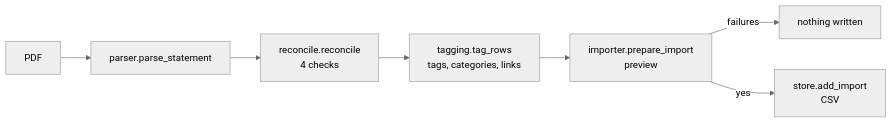
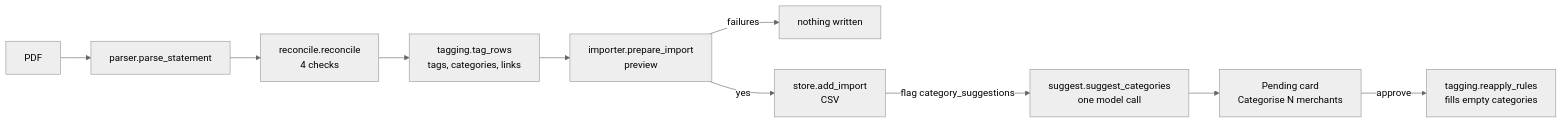
One commit to sarathkumar365/Ka changed the diagram in context/flows/import-statement.md. Above: the diagram before and after it, drawn with Mermaid (neutral theme). The commit also changed other lines of this file and 31 other files, not shown here.

First line of the commit message:
feat: category suggestions, nightly extraction schedule, eval fix

````diff
--- a/context/flows/import-statement.md
+++ b/context/flows/import-statement.md
@@ -5,9 +5,12 @@
 ```mermaid
 flowchart LR
     PDF --> parser[parser.parse_statement]
     parser --> rec[reconcile.reconcile<br/>4 checks]
     rec --> tag[tagging.tag_rows<br/>tags, categories, links]
     tag --> prev[importer.prepare_import<br/>preview]
     prev -->|failures| stop[nothing written]
     prev -->|yes| store[store.add_import<br/>CSV]
+    store -->|flag category_suggestions| sug[suggest.suggest_categories<br/>one model call]
+    sug --> card[Pending card<br/>Categorise N merchants]
+    card -->|approve| fill[tagging.reapply_rules<br/>fills empty categories]
 ```
````
